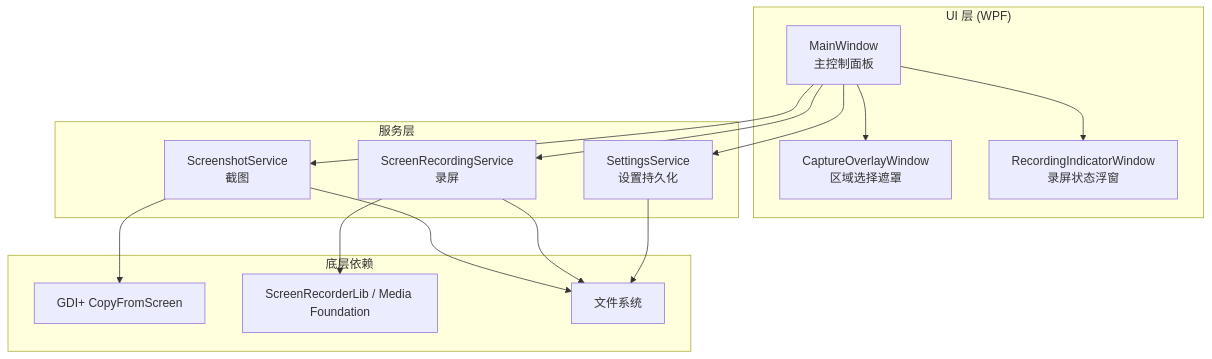
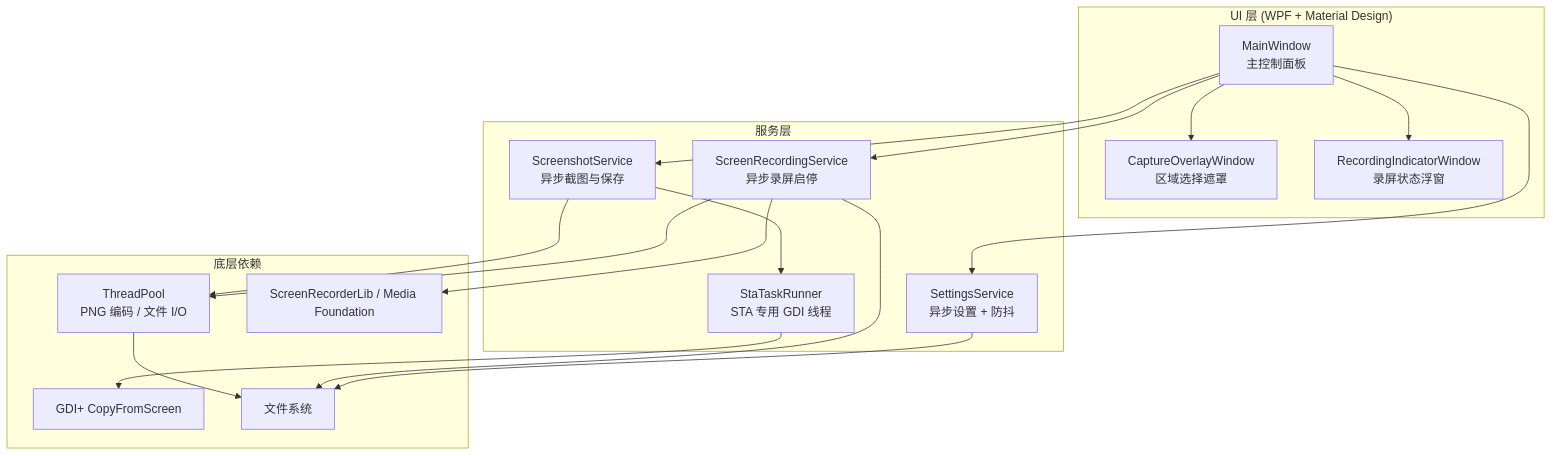
Before and after one commit to jiangmaohua-suzhou/Screenshots: the first of 4 diagrams in 技术说明.md, drawn with Mermaid. The commit also changed other lines of this file and 11 other files, not shown here.

````diff
--- a/技术说明.md
+++ b/技术说明.md
@@ -34,31 +44,36 @@
 ```mermaid
 flowchart TB
-    subgraph UI["UI 层 (WPF)"]
+    subgraph UI["UI 层 (WPF + Material Design)"]
         MW[MainWindow<br/>主控制面板]
         CO[CaptureOverlayWindow<br/>区域选择遮罩]
         RI[RecordingIndicatorWindow<br/>录屏状态浮窗]
     end
 
     subgraph Services["服务层"]
-        SS[ScreenshotService<br/>截图]
-        SRS[ScreenRecordingService<br/>录屏]
-        SET[SettingsService<br/>设置持久化]
+        SS[ScreenshotService<br/>异步截图与保存]
+        STA[StaTaskRunner<br/>STA 专用 GDI 线程]
+        SRS[ScreenRecordingService<br/>异步录屏启停]
+        SET[SettingsService<br/>异步设置 + 防抖]
     end
 
     subgraph External["底层依赖"]
         GDI[GDI+ CopyFromScreen]
+        TP[ThreadPool<br/>PNG 编码 / 文件 I/O]
         SRL[ScreenRecorderLib / Media Foundation]
         FS[文件系统]
     end
 
     MW --> SS
     MW --> SRS
     MW --> SET
     MW --> CO
     MW --> RI
-    SS --> GDI
-    SS --> FS
+    SS --> STA
+    SS --> TP
+    STA --> GDI
+    TP --> FS
     SRS --> SRL
+    SRS --> TP
     SRS --> FS
     SET --> FS
 ```
````
